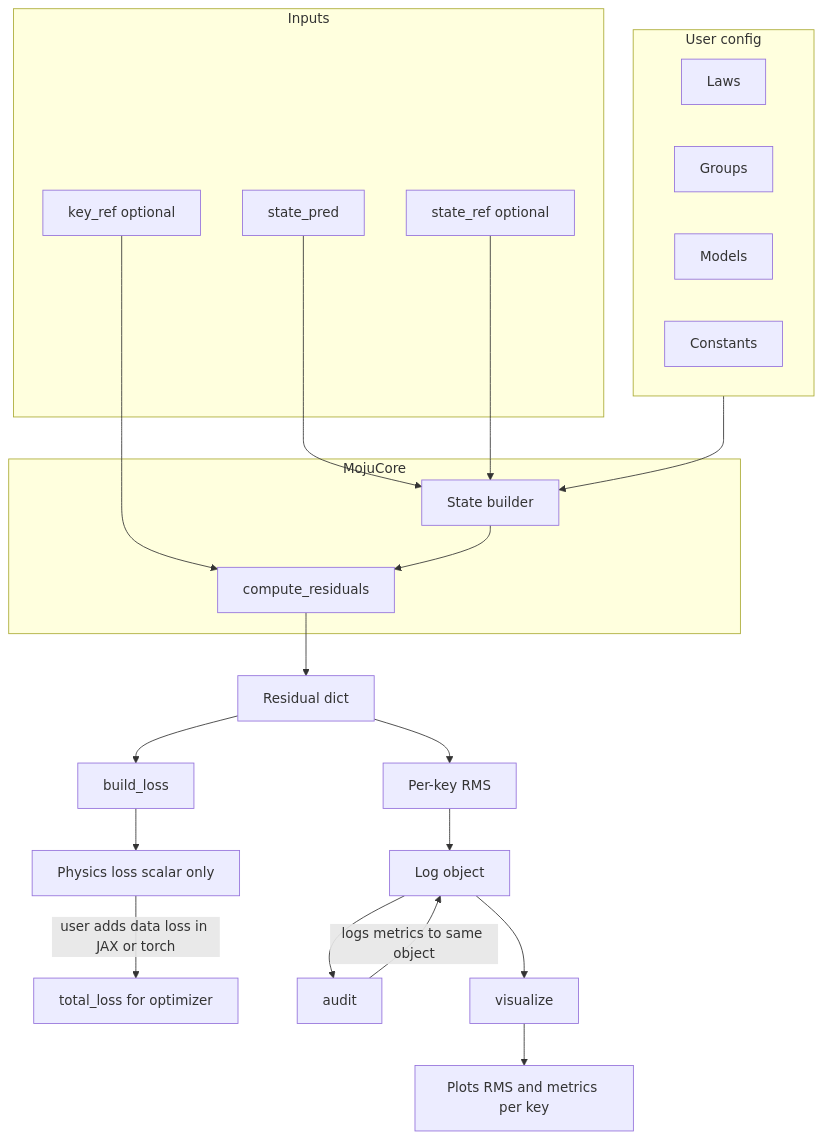
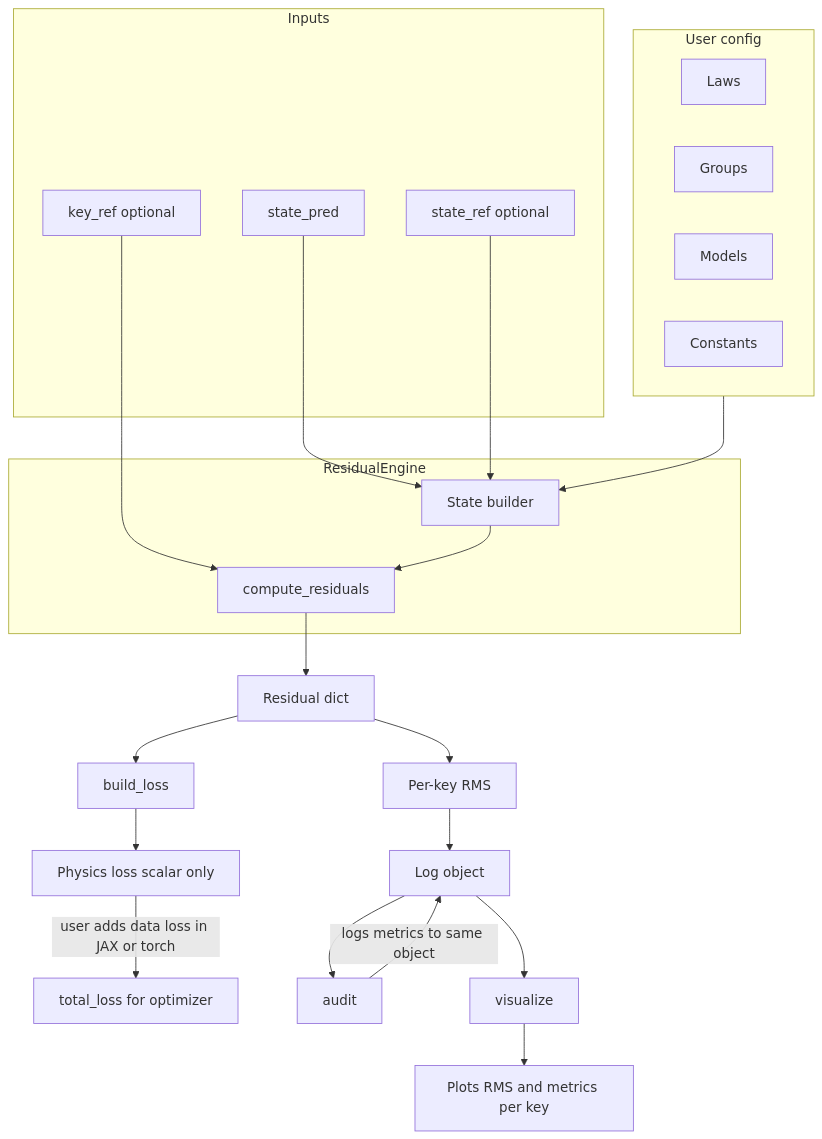
The diagram in README.md (IfimoAI/moju), drawn with Mermaid before and after one commit. The commit also changed other lines of this file and 12 other files, not shown here.

First line of the commit message:
Release v0.2.0: moju.monitor, ResidualEngine, CHANGELOG

````diff
--- a/README.md
+++ b/README.md
@@ -122,38 +120,38 @@
 ```mermaid
 flowchart TB
   subgraph config [User config]
     Laws[Laws]
     Groups[Groups]
     Models[Models]
     Constants[Constants]
   end
 
   subgraph inputs [Inputs]
     StatePred[state_pred]
     StateRef[state_ref optional]
     KeyRef[key_ref optional]
   end
 
-  subgraph core [MojuCore]
+  subgraph core [ResidualEngine]
     StateBuilder[State builder]
     ComputeResidual[compute_residuals]
   end
 
   config --> StateBuilder
   StatePred --> StateBuilder
   StateRef --> StateBuilder
   KeyRef --> ComputeResidual
   StateBuilder --> ComputeResidual
 
   ComputeResidual --> ResidualDict[Residual dict]
   ResidualDict --> BuildLoss[build_loss]
   BuildLoss --> PhysicsLoss[Physics loss scalar only]
   PhysicsLoss -->|"user adds data loss in JAX or torch"| TotalLoss[total_loss for optimizer]
 
   ResidualDict --> RmsPerKey[Per-key RMS]
   RmsPerKey --> Log[Log object]
   Log --> Audit[audit]
   Audit -->|"logs metrics to same object"| Log
   Log --> Visualize[visualize]
   Visualize --> Plots[Plots RMS and metrics per key]
 ```
````
